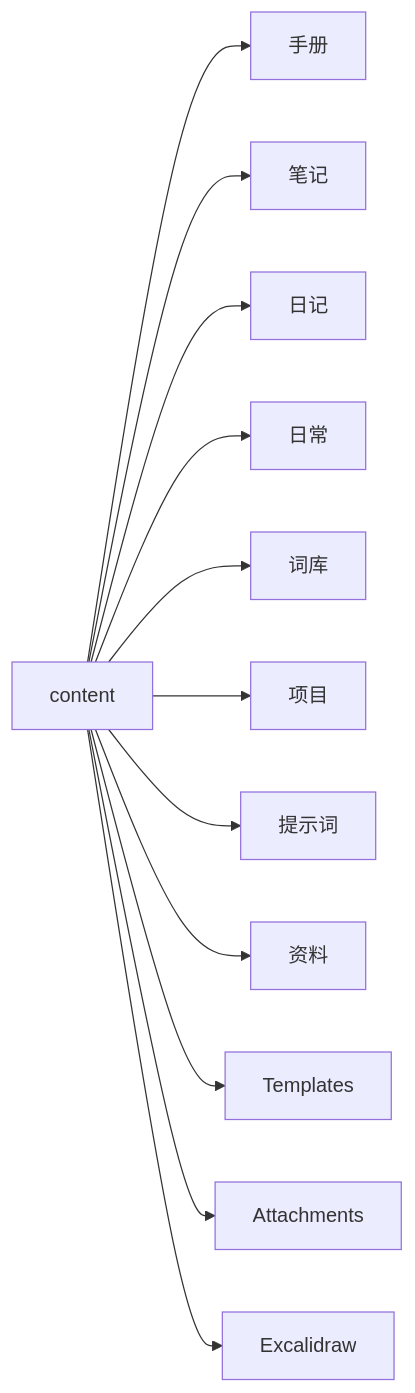
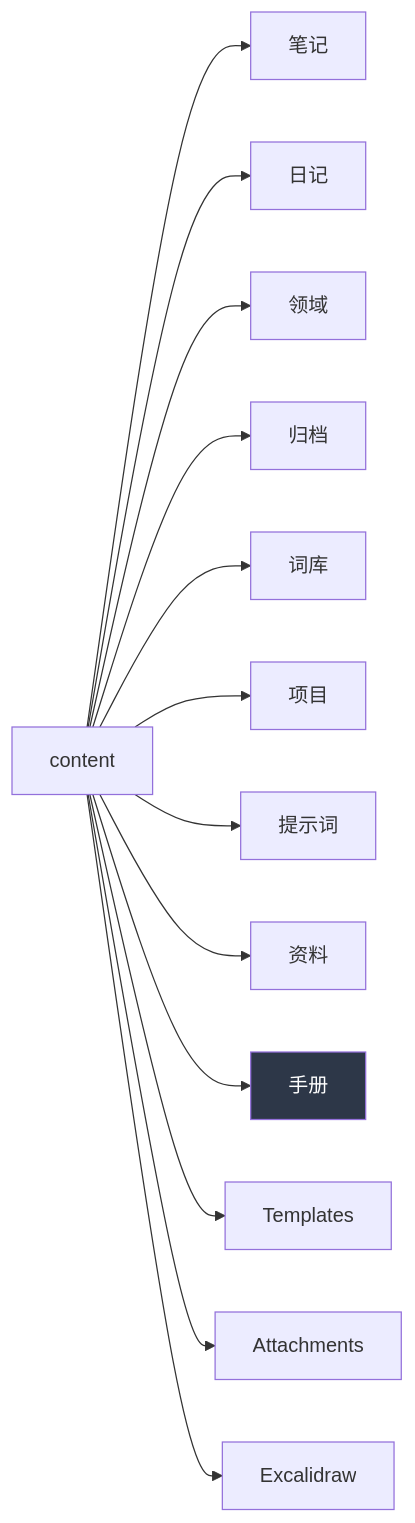
The diagram in content/手册/知识库手册.md (dasiwocom/wiki), drawn with Mermaid before and after one commit. The commit also changed other lines of this file and 87 other files, not shown here.

````diff
--- a/content/手册/知识库手册.md
+++ b/content/手册/知识库手册.md
@@ -76,14 +90,17 @@
 ```mermaid
 graph LR
-    A[content] --> B[手册]
-    A --> C[笔记]
+    A[content] --> C[笔记]
     A --> D[日记]
-    A --> L[日常]
+    A --> L[领域]
+    A --> AC[归档]
     A --> E[词库]
     A --> F[项目]
     A --> G[提示词]
     A --> H[资料]
+    A --> B[手册]
     A --> I[Templates]
     A --> J[Attachments]
     A --> K[Excalidraw]
+
+    style B fill:#2d3748,color:#fff
 ```
````
